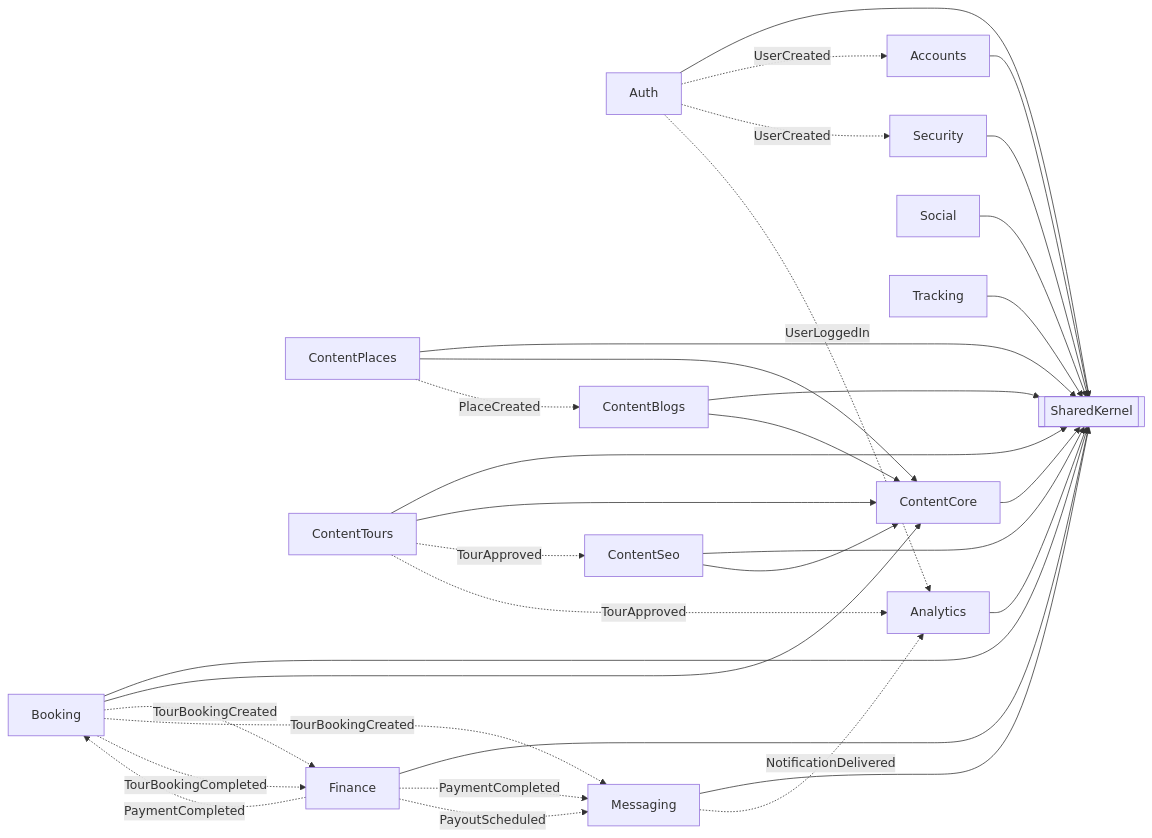
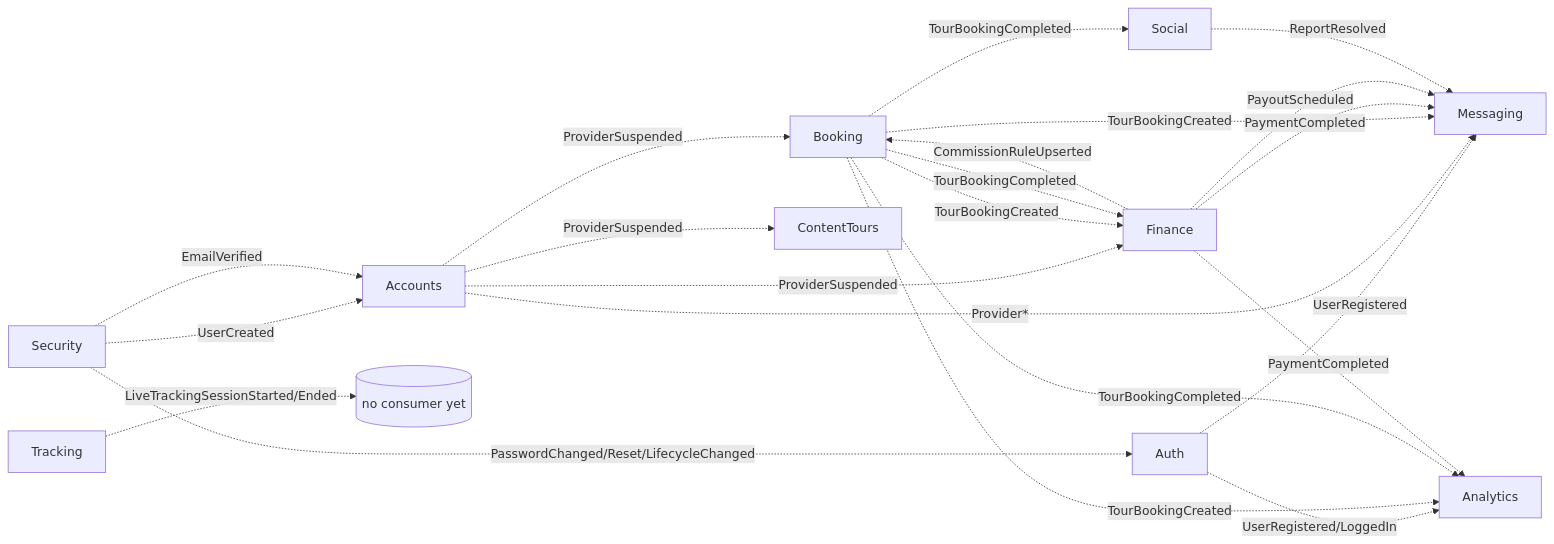
One commit to asadi11-3/YallaJo changed the second of 2 diagrams in docs/03-module-map.md. Above: the diagram before and after it, drawn with Mermaid. The commit also changed other lines of this file and 6 other files, not shown here.

Commit message:
docs: rebuild YallaJo architecture foundation

````diff
--- a/docs/03-module-map.md
+++ b/docs/03-module-map.md
@@ -21,33 +108,28 @@
 ```mermaid
 flowchart LR
-    SK[[SharedKernel]]
-    Auth --> SK
-    Security --> SK
-    Accounts --> SK
-    ContentCore --> SK
-    ContentPlaces --> SK & ContentCore
-    ContentTours --> SK & ContentCore
-    ContentBlogs --> SK & ContentCore
-    ContentSeo --> SK & ContentCore
-    Booking --> SK & ContentCore
-    Finance --> SK
-    Messaging --> SK
-    Social --> SK
-    Tracking --> SK
-    Analytics --> SK
+    Security -. UserCreated .-> Accounts
+    Security -. EmailVerified .-> Accounts
+    Security -. PasswordChanged/Reset/LifecycleChanged .-> Auth
+    Auth -. UserRegistered .-> Messaging
+    Auth -. UserRegistered/LoggedIn .-> Analytics
 
-    %% Integration-event flows (selected)
-    Auth -. UserCreated .-> Accounts
-    Auth -. UserCreated .-> Security
-    Auth -. UserLoggedIn .-> Analytics
-    ContentTours -. TourApproved .-> ContentSeo
-    ContentTours -. TourApproved .-> Analytics
-    ContentPlaces -. PlaceCreated .-> ContentBlogs
+    Accounts -. ProviderSuspended .-> Booking
+    Accounts -. ProviderSuspended .-> ContentTours
+    Accounts -. ProviderSuspended .-> Finance
+    Accounts -. Provider* .-> Messaging
+
     Booking -. TourBookingCreated .-> Finance
     Booking -. TourBookingCreated .-> Messaging
+    Booking -. TourBookingCreated .-> Analytics
     Booking -. TourBookingCompleted .-> Finance
-    Finance -. PaymentCompleted .-> Booking
+    Booking -. TourBookingCompleted .-> Social
+    Booking -. TourBookingCompleted .-> Analytics
+
     Finance -. PaymentCompleted .-> Messaging
+    Finance -. PaymentCompleted .-> Analytics
     Finance -. PayoutScheduled .-> Messaging
-    Messaging -. NotificationDelivered .-> Analytics
+    Finance -. CommissionRuleUpserted .-> Booking
+
+    Social -. ReportResolved .-> Messaging
+    Tracking -. LiveTrackingSessionStarted/Ended .-> NoConsumer[(no consumer yet)]
 ```
````
